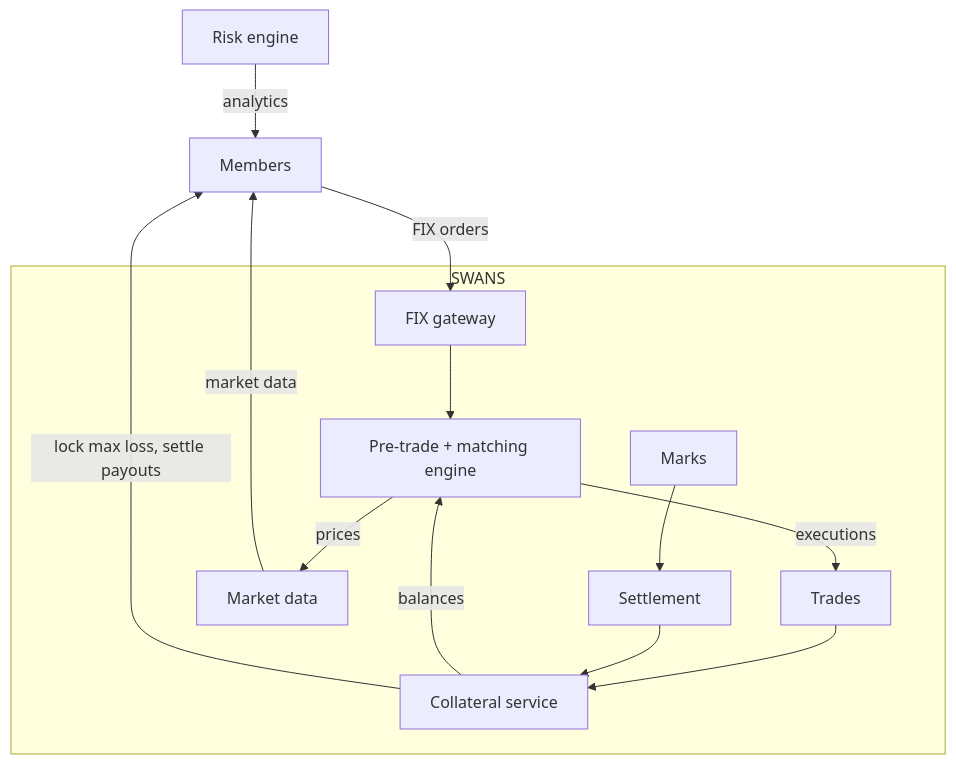
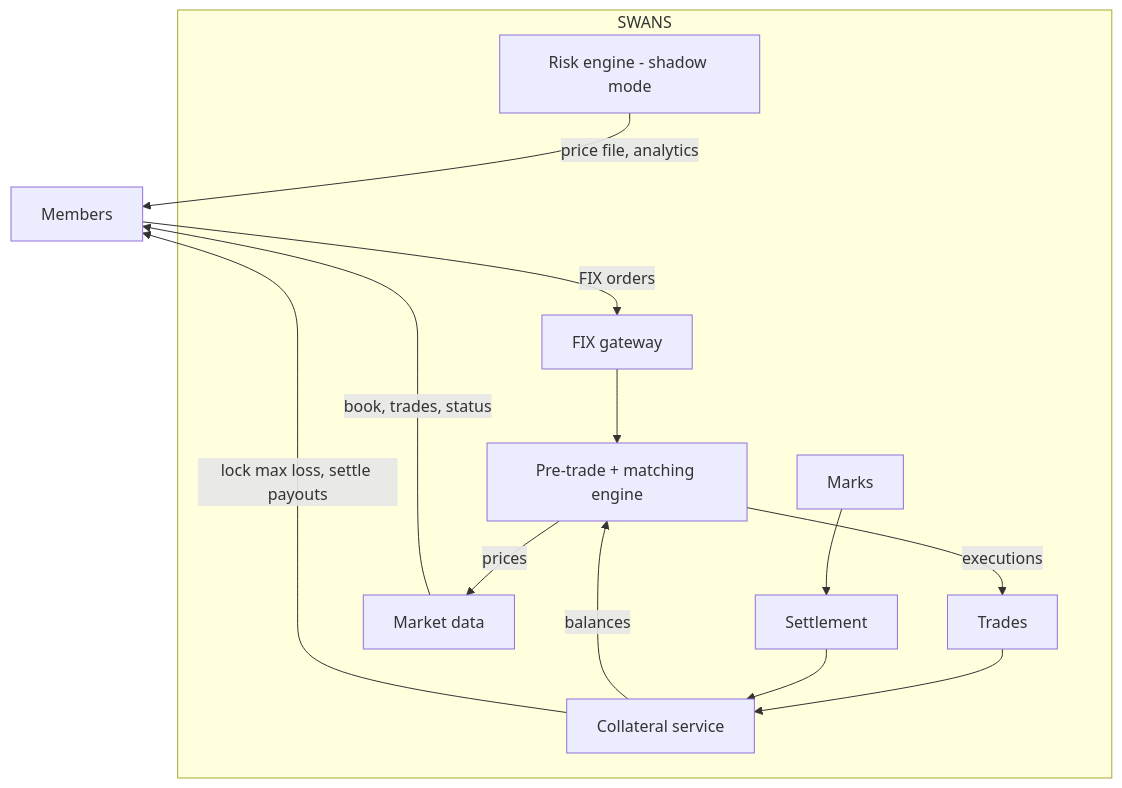
Before and after one commit to LevonDerma1221/swans-docs: the first of 8 diagrams in docs/diagrams.md, drawn with Mermaid. The commit also changed 16 other files, not shown here.

````diff
--- a/docs/diagrams.md
+++ b/docs/diagrams.md
@@ -7,18 +7,19 @@
 ```mermaid
 flowchart TB
   MEM[Members] -->|FIX orders| GW[FIX gateway]
 
   subgraph SWANS
     GW --> ENG[Pre-trade + matching engine]
     ENG -->|executions| TR[Trades]
     ENG -->|prices| MD[Market data]
     TR --> COL[Collateral service]
     COL -->|balances| ENG
     MK[Marks] --> SET[Settlement]
     SET --> COL
+    RISK[Risk engine - shadow mode]
   end
 
-  MD -->|market data| MEM
+  MD -->|book, trades, status| MEM
   COL -->|lock max loss, settle payouts| MEM
-  RISK[Risk engine] -->|analytics| MEM
+  RISK -->|price file, analytics| MEM
 ```
````
